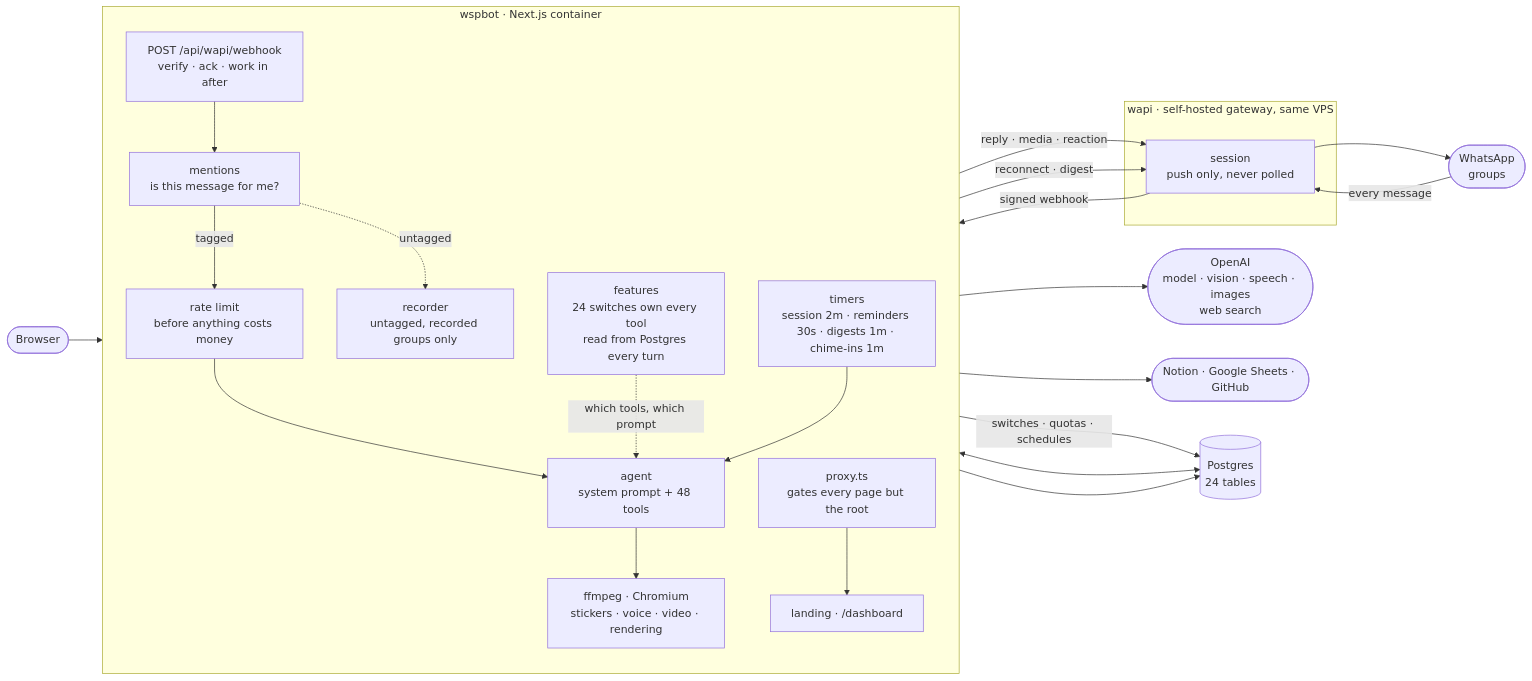
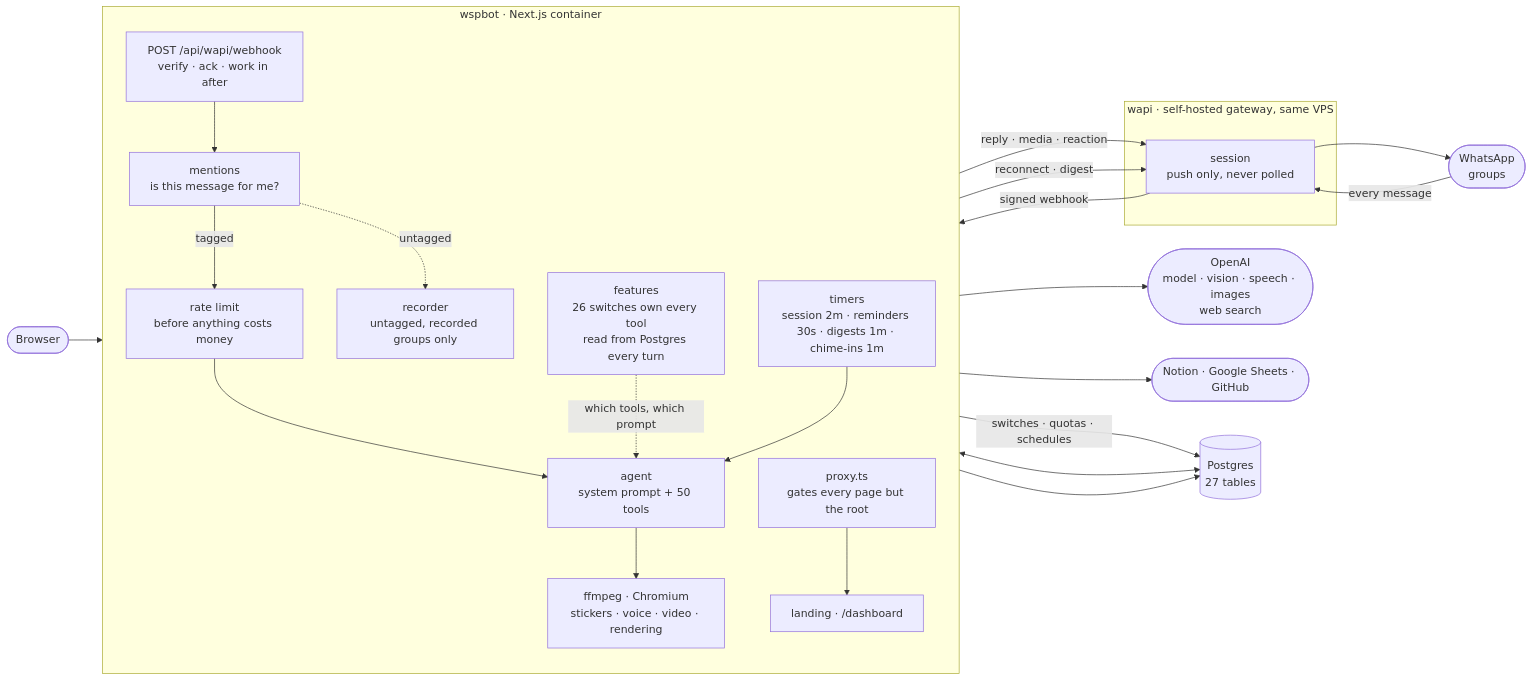
One commit to Jibaru/wspbot changed the first of 2 diagrams in README.md. Above: the diagram before and after it, drawn with Mermaid. The commit also changed other lines of this file and 11 other files, not shown here.

````diff
--- a/README.md
+++ b/README.md
@@ -67,47 +67,47 @@
 ```mermaid
 flowchart LR
     WA(["WhatsApp<br/>groups"])
     BROWSER(["Browser"])
     OPENAI(["OpenAI<br/>model · vision · speech · images<br/>web search"])
     EXT(["Notion · Google Sheets · GitHub"])
 
     subgraph gw["wapi · self-hosted gateway, same VPS"]
         SESSION["session<br/>push only, never polled"]
     end
 
     subgraph app["wspbot · Next.js container"]
         direction TB
         HOOK["POST /api/wapi/webhook<br/>verify · ack · work in after"]
         GATE["mentions<br/>is this message for me?"]
         LIMIT["rate limit<br/>before anything costs money"]
         REC["recorder<br/>untagged, recorded groups only"]
-        AGENT["agent<br/>system prompt + 48 tools"]
+        AGENT["agent<br/>system prompt + 50 tools"]
         TIMERS["timers<br/>session 2m · reminders 30s · digests 1m · chime-ins 1m"]
-        FEAT["features<br/>24 switches own every tool<br/>read from Postgres every turn"]
+        FEAT["features<br/>26 switches own every tool<br/>read from Postgres every turn"]
         FF["ffmpeg · Chromium<br/>stickers · voice · video · rendering"]
         PROXY["proxy.ts<br/>gates every page but the root"]
         PAGES["landing · /dashboard"]
     end
 
-    PG[("Postgres<br/>24 tables")]
+    PG[("Postgres<br/>27 tables")]
 
     WA -->|"every message"| SESSION
     SESSION -->|"signed webhook"| HOOK
     HOOK --> GATE
     GATE -->|"tagged"| LIMIT
     GATE -.->|"untagged"| REC
     LIMIT --> AGENT
     FEAT -.->|"which tools, which prompt"| AGENT
     AGENT --> OPENAI
     AGENT --> FF
     AGENT --> EXT
     AGENT -->|"reply · media · reaction"| SESSION
     SESSION --> WA
 
     BROWSER --> PROXY --> PAGES
     PAGES -->|"switches · quotas · schedules"| PG
     AGENT <--> PG
     REC --> PG
     TIMERS --> AGENT
     TIMERS -->|"reconnect · digest"| SESSION
 ```
````
